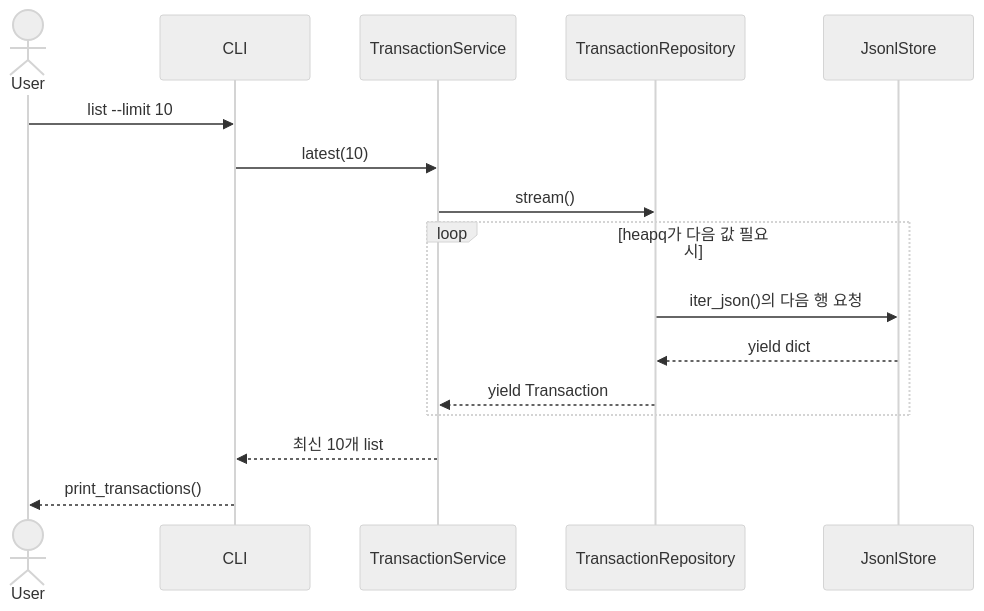
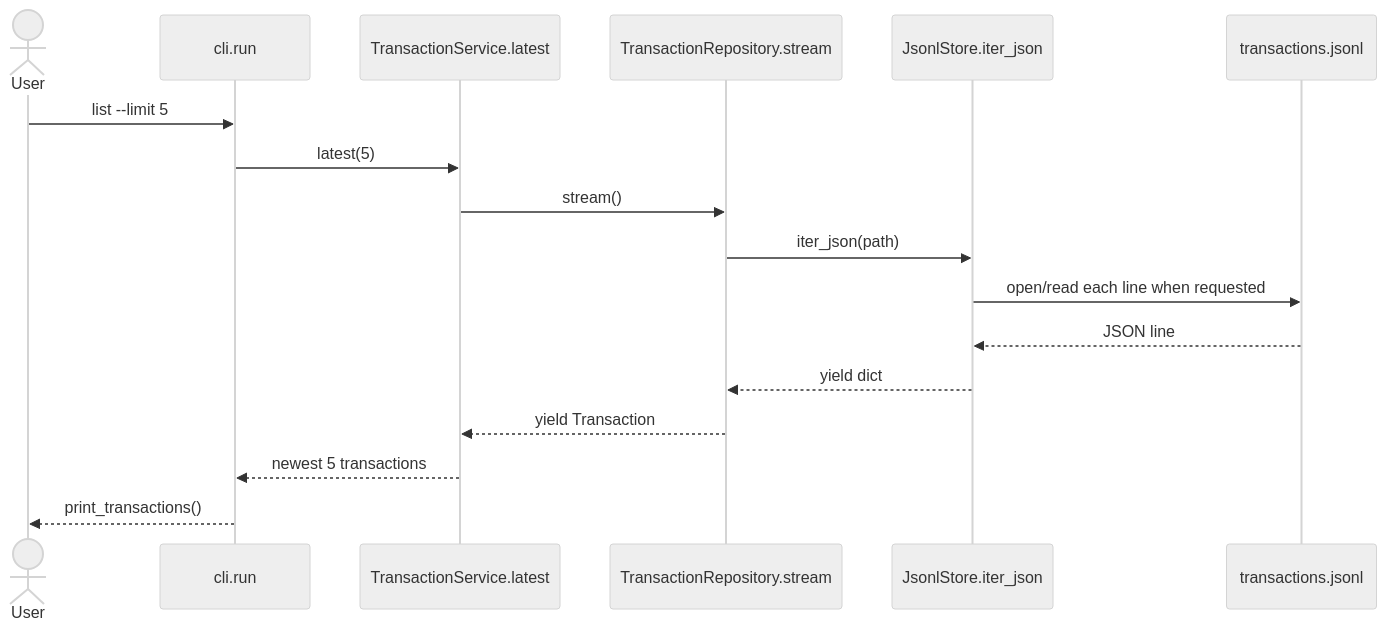
One commit to jhkr1/Codyssey_main_course changed the third of 7 diagrams in B2-1_Create_file-based_household_account_console_program/budget_app/CODE_ARCHITECTURE.md. Above: the diagram before and after it, drawn with Mermaid (neutral theme). The commit also changed other lines of this file and 2 other files, not shown here.

````diff
--- a/B2-1_Create_file-based_household_account_console_program/budget_app/CODE_ARCHITECTURE.md
+++ b/B2-1_Create_file-based_household_account_console_program/budget_app/CODE_ARCHITECTURE.md
@@ -77,18 +182,19 @@
 ```mermaid
 sequenceDiagram
     actor User
-    participant CLI
-    participant TS as TransactionService
-    participant TR as TransactionRepository
-    participant JS as JsonlStore
-    User->>CLI: list --limit 10
-    CLI->>TS: latest(10)
+    participant CLI as cli.run
+    participant TS as TransactionService.latest
+    participant TR as TransactionRepository.stream
+    participant Store as JsonlStore.iter_json
+    participant File as transactions.jsonl
+    User->>CLI: list --limit 5
+    CLI->>TS: latest(5)
     TS->>TR: stream()
-    loop heapq가 다음 값 필요 시
-        TR->>JS: iter_json()의 다음 행 요청
-        JS-->>TR: yield dict
-        TR-->>TS: yield Transaction
-    end
-    TS-->>CLI: 최신 10개 list
+    TR->>Store: iter_json(path)
+    Store->>File: open/read each line when requested
+    File-->>Store: JSON line
+    Store-->>TR: yield dict
+    TR-->>TS: yield Transaction
+    TS-->>CLI: newest 5 transactions
     CLI-->>User: print_transactions()
 ```
````
